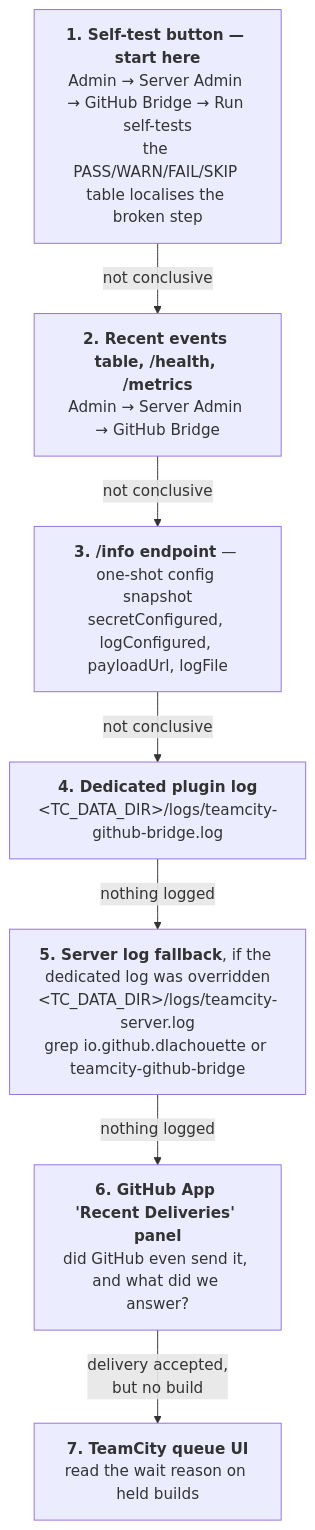
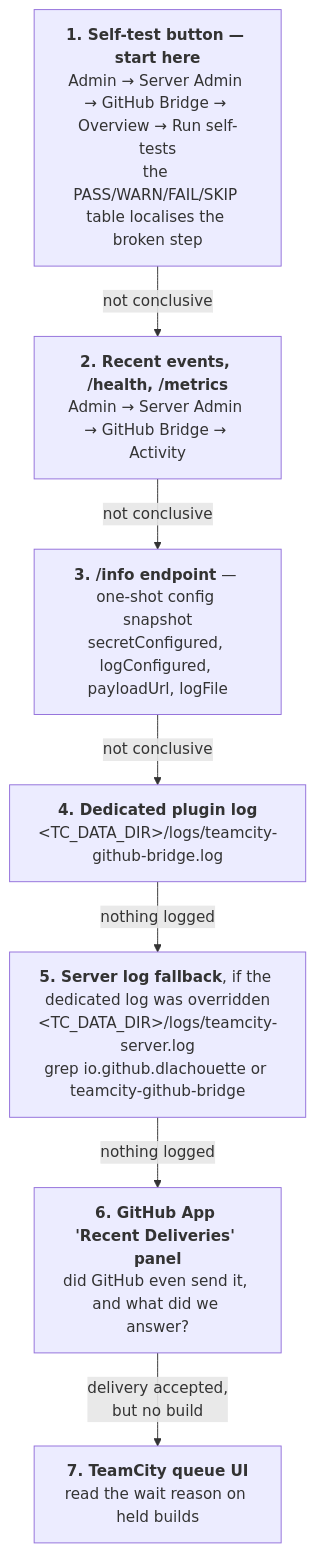
One commit to Silmaen/teamcity-github changed the diagram in doc/troubleshooting.md. Above: the diagram before and after it, drawn with Mermaid. The commit also changed other lines of this file and 16 other files, not shown here.

````diff
--- a/doc/troubleshooting.md
+++ b/doc/troubleshooting.md
@@ -24,13 +24,13 @@
 ```mermaid
 flowchart TB
-    S1["<b>1. Self-test button — start here</b><br/>Admin → Server Admin → GitHub Bridge → Run self-tests<br/>the PASS/WARN/FAIL/SKIP table localises the broken step"]
-    S2["<b>2. Recent events table, /health, /metrics</b><br/>Admin → Server Admin → GitHub Bridge"]
+    S1["<b>1. Self-test button — start here</b><br/>Admin → Server Admin → GitHub Bridge → Overview → Run self-tests<br/>the PASS/WARN/FAIL/SKIP table localises the broken step"]
+    S2["<b>2. Recent events, /health, /metrics</b><br/>Admin → Server Admin → GitHub Bridge → Activity"]
     S3["<b>3. /info endpoint</b> — one-shot config snapshot<br/>secretConfigured, logConfigured, payloadUrl, logFile"]
     S4["<b>4. Dedicated plugin log</b><br/>&lt;TC_DATA_DIR&gt;/logs/teamcity-github-bridge.log"]
     S5["<b>5. Server log fallback</b>, if the dedicated log was overridden<br/>&lt;TC_DATA_DIR&gt;/logs/teamcity-server.log<br/>grep io.github.dlachouette or teamcity-github-bridge"]
     S6["<b>6. GitHub App 'Recent Deliveries' panel</b><br/>did GitHub even send it, and what did we answer?"]
     S7["<b>7. TeamCity queue UI</b><br/>read the wait reason on held builds"]
 
     S1 -- "not conclusive" --> S2 -- "not conclusive" --> S3 -- "not conclusive" --> S4
     S4 -- "nothing logged" --> S5 -- "nothing logged" --> S6 -- "delivery accepted,<br/>but no build" --> S7
 ```
````
